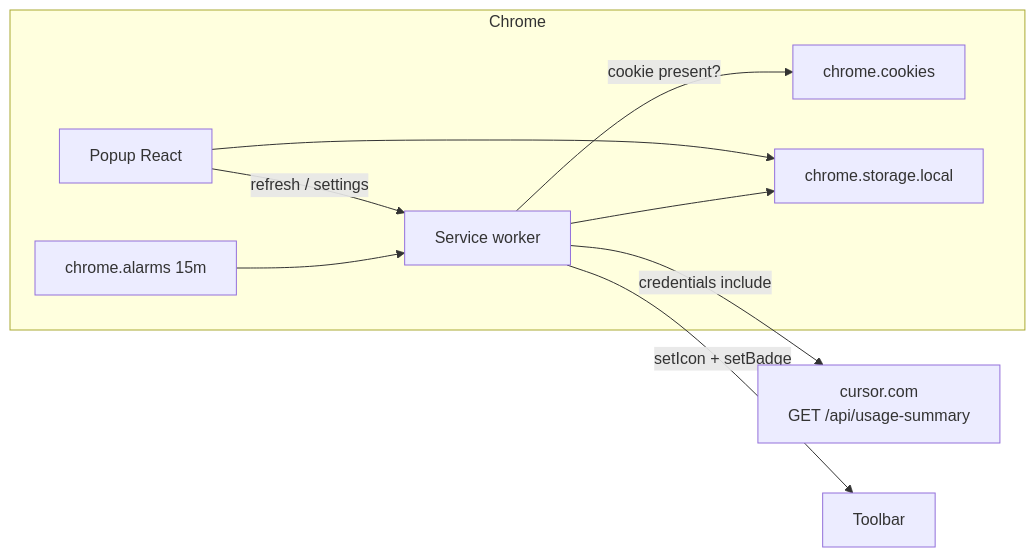
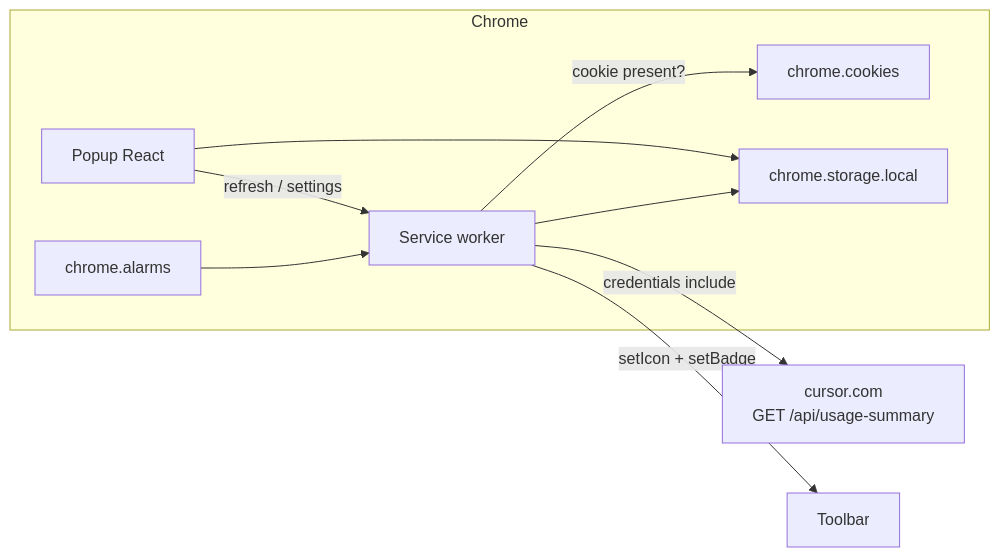
One commit to B0on/usage-pacer changed the diagram in docs/architecture.md. Above: the diagram before and after it, drawn with Mermaid. The commit also changed 20 other files, not shown here.

````diff
--- a/docs/architecture.md
+++ b/docs/architecture.md
@@ -19,18 +19,18 @@
 ```mermaid
 flowchart LR
   subgraph chrome [Chrome]
     SW[Service worker]
     Popup[Popup React]
-    Alarm[chrome.alarms 15m]
+    Alarm[chrome.alarms]
     Cookies[chrome.cookies]
     Store[chrome.storage.local]
   end
   Cursor["cursor.com\nGET /api/usage-summary"]
   Alarm --> SW
   Popup -->|refresh / settings| SW
   SW -->|cookie present?| Cookies
   SW -->|credentials include| Cursor
   SW --> Store
   Popup --> Store
   SW -->|setIcon + setBadge| Toolbar[Toolbar]
 ```
````
